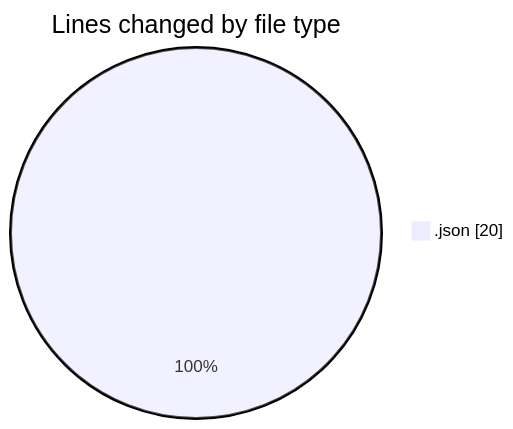
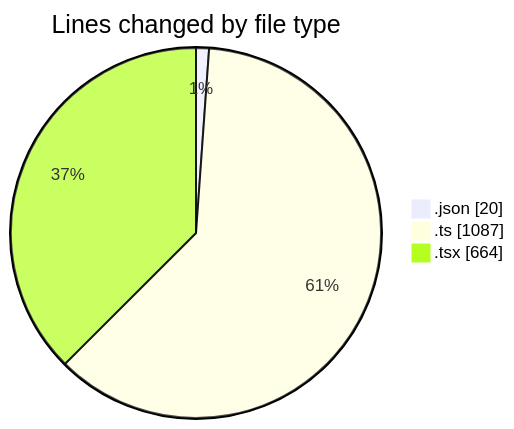
Before and after one commit to CELIANVF/code-tracking: the first of 2 diagrams in 2025-05-15/ecodeli-1/README.md, drawn with Mermaid. The commit also changed other lines of this file and 1 other file, not shown here.

````diff
--- a/2025-05-15/ecodeli-1/README.md
+++ b/2025-05-15/ecodeli-1/README.md
@@ -20,5 +24,7 @@
 ```mermaid
 pie showData
 title Lines changed by file type
 ".json" : 20
+".ts" : 1087
+".tsx" : 664
 ```
````
